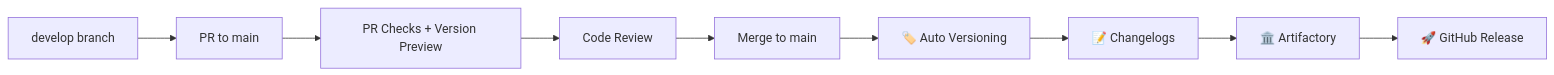
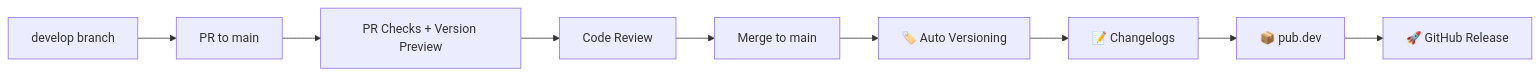
Before and after one commit to Core-Soft-Development/pillar: the second of 2 diagrams in docs/DEVELOPMENT-WORKFLOW.md, drawn with Mermaid. The commit also changed other lines of this file and 11 other files, not shown here.

First line of the commit message:
chore: migrate package publishing from Artifactory to pub.dev

````diff
--- a/docs/DEVELOPMENT-WORKFLOW.md
+++ b/docs/DEVELOPMENT-WORKFLOW.md
@@ -70,11 +70,11 @@
 ```mermaid
 graph LR
     A[develop branch] --> B[PR to main]
     B --> C[PR Checks + Version Preview]
     C --> D[Code Review]
     D --> E[Merge to main]
     E --> F[🏷️ Auto Versioning]
     F --> G[📝 Changelogs]
-    G --> H[🏛️ Artifactory]
+    G --> H[📦 pub.dev]
     H --> I[🚀 GitHub Release]
 ```
````
